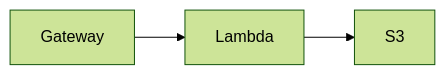
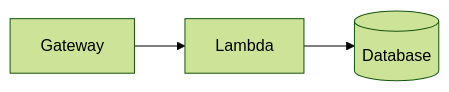
The diagram in README.md (dharnitski/cc-hosts), drawn with Mermaid (forest theme) before and after one commit.

Commit message:
S3[(Database)]

````diff
--- a/README.md
+++ b/README.md
@@ -8,5 +8,5 @@
 ```mermaid
 graph LR;
     Gateway --> Lambda;
-    Lambda -->S3;
+    Lambda -->S3[(Database)];
 ```
````
